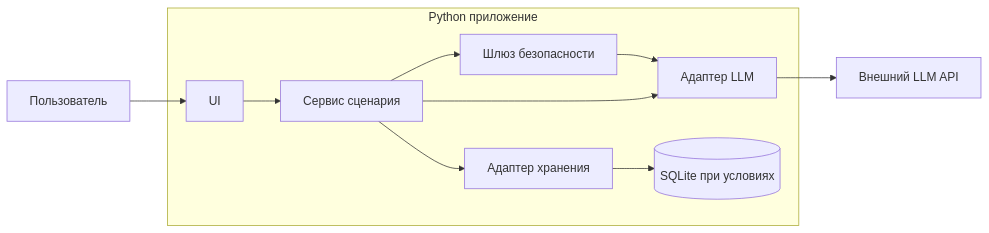
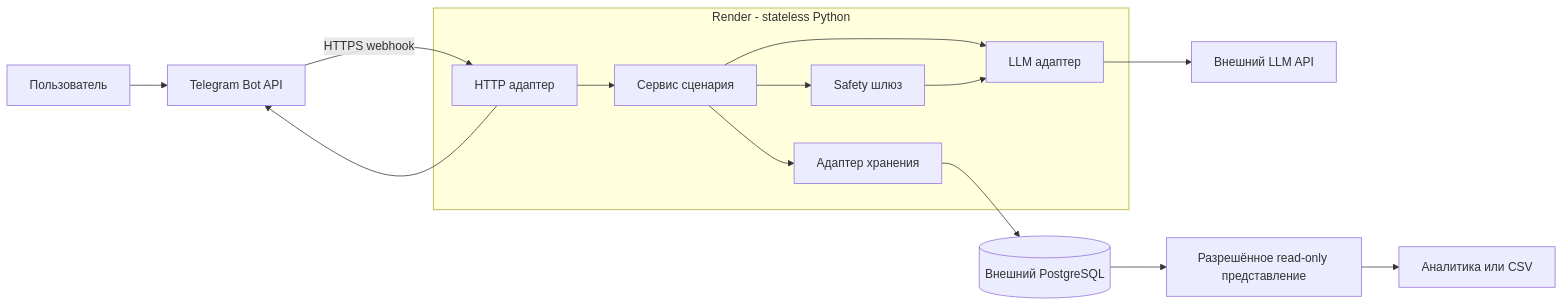
Before and after one commit to uralmetal/cbt-therapy-assistent: the first of 3 diagrams in docs/architecture/architecture-overview.md, drawn with Mermaid. The commit also changed other lines of this file and 11 other files, not shown here.

Commit message:
docs(architecture): address customer review and research stateless Render stack

````diff
--- a/docs/architecture/architecture-overview.md
+++ b/docs/architecture/architecture-overview.md
@@ -19,13 +11,17 @@
 ```mermaid
 flowchart LR
-  U[Пользователь] --> UI[UI]
-  subgraph P[Python приложение]
-    UI --> S[Сервис сценария]
-    S --> G[Шлюз безопасности]
-    G --> L[Адаптер LLM]
-    S --> L
+  U[Пользователь] --> T[Telegram Bot API]
+  T -->|HTTPS webhook| W
+  subgraph P[Render - stateless Python]
+    W[HTTP адаптер] --> S[Сервис сценария]
+    S --> G[Safety шлюз]
+    S --> L[LLM адаптер]
+    G --> L
     S --> R[Адаптер хранения]
-    R --> D[(SQLite при условиях)]
   end
+  R --> D[(Внешний PostgreSQL)]
   L --> E[Внешний LLM API]
+  D --> V[Разрешённое read-only представление]
+  V --> A[Аналитика или CSV]
+  W --> T
 ```
````
